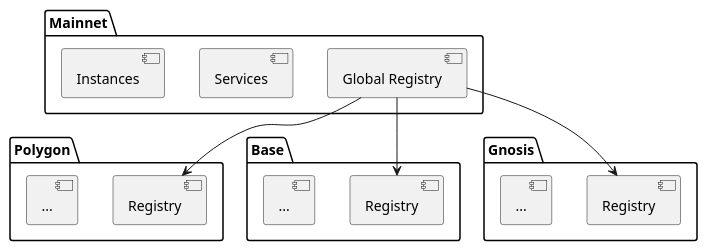
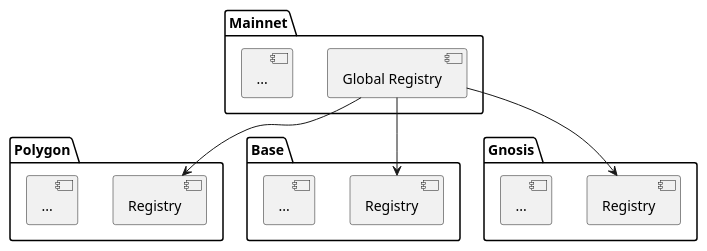
Before and after one commit to etherisc/gif-next: the diagram in docs/modules/ROOT/pages/images/multi-chain-setup.puml, drawn with PlantUML. The commit also changed 20 other files, not shown here.

```diff
--- a/docs/modules/ROOT/pages/images/multi-chain-setup.puml
+++ b/docs/modules/ROOT/pages/images/multi-chain-setup.puml
@@ -1,28 +1,27 @@
 @startuml
 
 package "Mainnet" {
   [Global Registry] as globalRegistry
-  [Services]
-  [Instances]
+  [...] as contracts
 }
 
 package "Polygon" {
   [Registry] as polygonRegistry
   [...] as pContracts
 }
 
 package "Base" {
   [Registry] as baseRegistry
   [...] as bContracts
 }
 
 package "Gnosis" {
   [Registry] as gnosisRegistry
   [...] as gContracts
 }
 
 globalRegistry --> polygonRegistry
 globalRegistry --> baseRegistry
 globalRegistry --> gnosisRegistry
 
 @enduml
```
